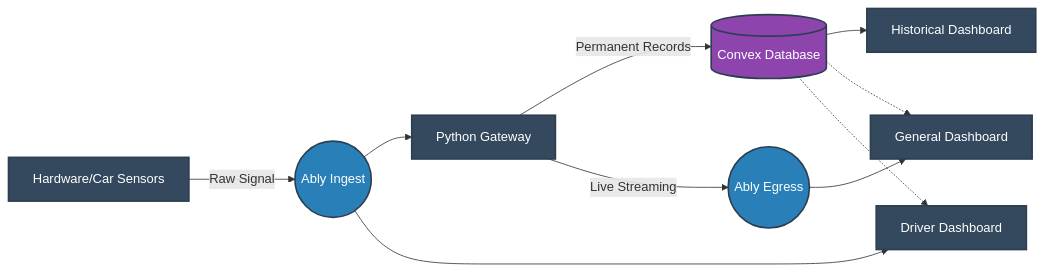
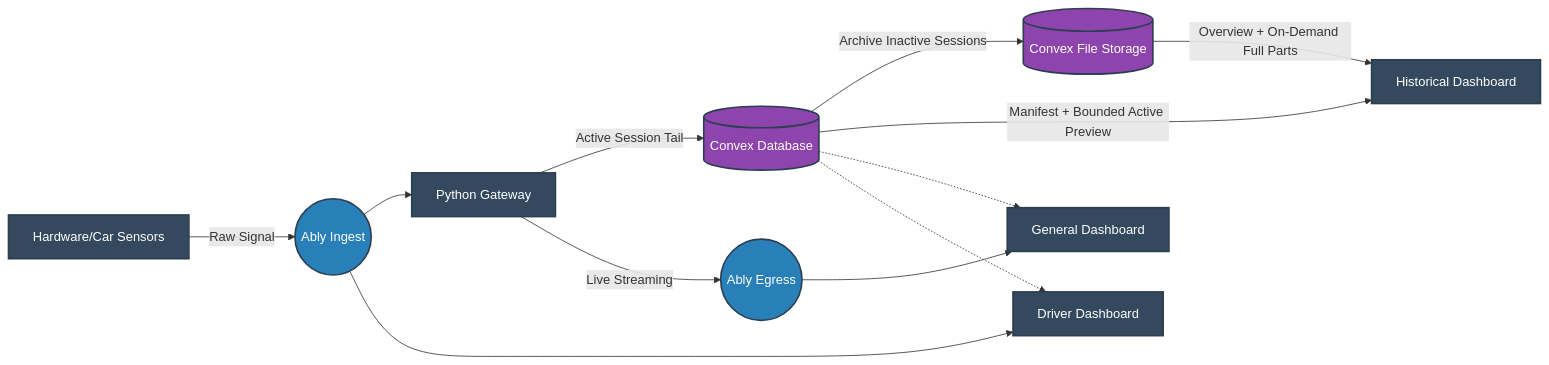
One commit to ChosF/TelemetryDashboard changed the diagram in README.md. Above: the diagram before and after it, drawn with Mermaid. The commit also changed other lines of this file and 13 other files, not shown here.

Commit message:
Optimize Convex historical session loading

````diff
--- a/README.md
+++ b/README.md
@@ -72,21 +72,23 @@
 ```mermaid
 flowchart LR
     classDef node fill:#34495E,stroke:#2C3E50,stroke-width:2px,color:#fff;
     classDef db fill:#8E44AD,stroke:#2C3E50,stroke-width:2px,color:#fff;
     classDef pubsub fill:#2980B9,stroke:#2C3E50,stroke-width:2px,color:#fff;
 
     ESP32[Hardware/Car Sensors]:::node --> |Raw Signal| AblyIn((Ably Ingest)):::pubsub
     AblyIn --> Bridge[Python Gateway]:::node
     
-    Bridge --> |Permanent Records| Convex[(Convex Database)]:::db
+    Bridge --> |Active Session Tail| Convex[(Convex Database)]:::db
+    Convex --> |Archive Inactive Sessions| Files[(Convex File Storage)]:::db
     Bridge --> |Live Streaming| AblyOut((Ably Egress)):::pubsub
     
     AblyOut --> GenUI[General Dashboard]:::node
     AblyIn --> DrvUI[Driver Dashboard]:::node
-    Convex --> HistUI[Historical Dashboard]:::node
+    Files --> |Overview + On-Demand Full Parts| HistUI[Historical Dashboard]:::node
+    Convex --> |Manifest + Bounded Active Preview| HistUI
     
     %% Session Context
     Convex -.-> GenUI
     %% Driver Notifications
     Convex -.-> DrvUI
 ```
````
